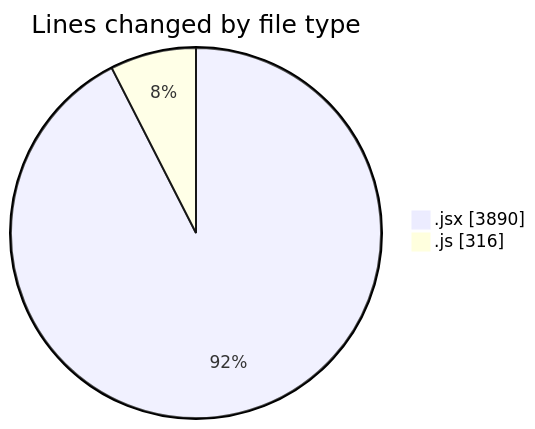
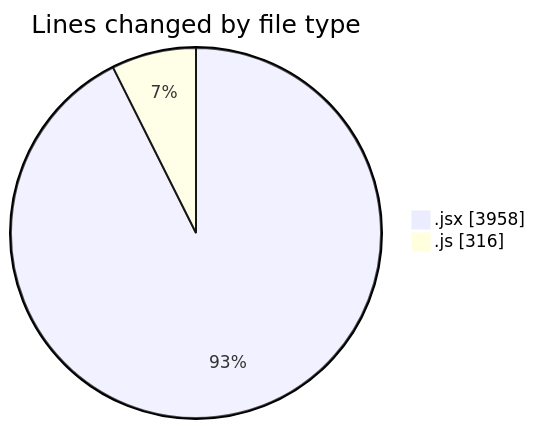
The first of 2 diagrams in 2025-07-13/argos/README.md (nxtqubesakshisongat/code-tracking), drawn with Mermaid before and after one commit. The commit also changed other lines of this file and 1 other file, not shown here.

````diff
--- a/2025-07-13/argos/README.md
+++ b/2025-07-13/argos/README.md
@@ -22,6 +22,6 @@
 ```mermaid
 pie showData
 title Lines changed by file type
-".jsx" : 3890
+".jsx" : 3958
 ".js" : 316
 ```
````
